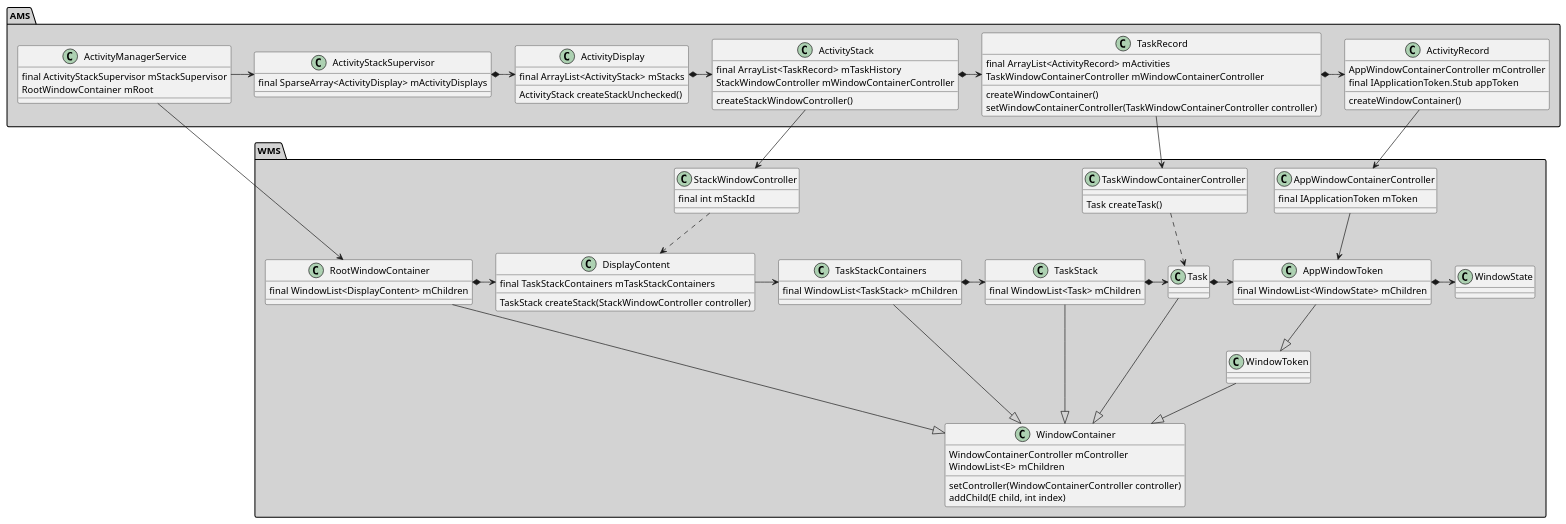
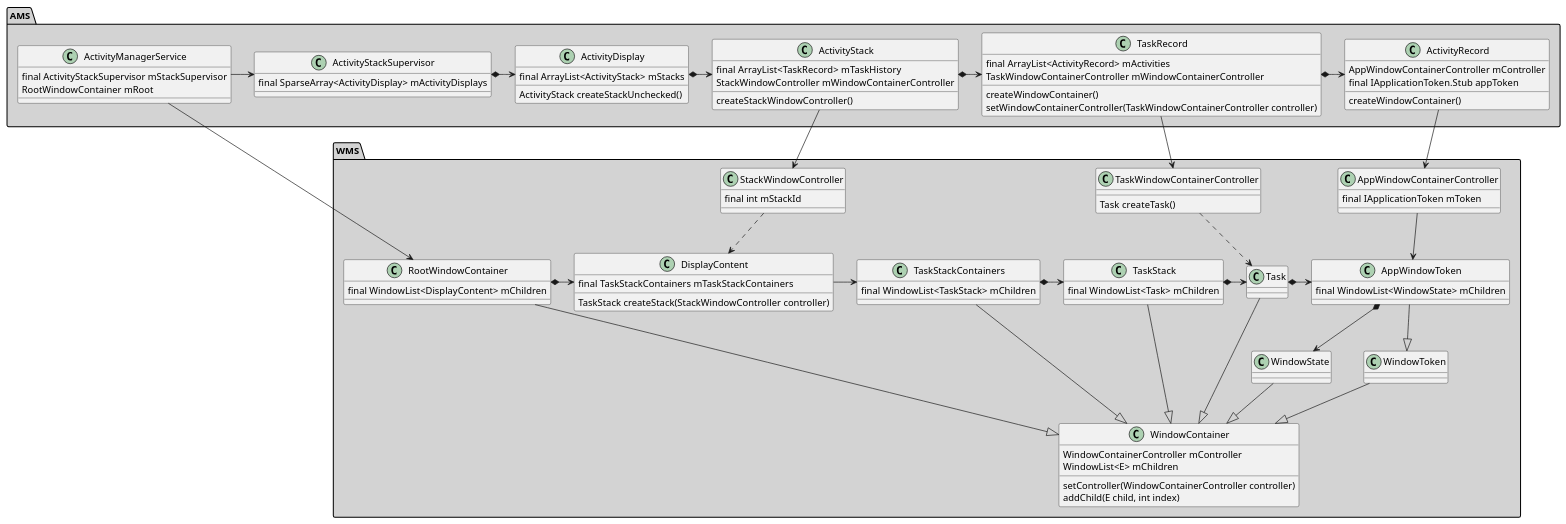
Before and after one commit to javalive09/CodeBag: the diagram in app/src/main/java/com/javalive09/demos/uml/AMS&WMS.puml, drawn with PlantUML. The commit also changed 1 other file, not shown here.

Commit message:
add uml file

```diff
--- a/app/src/main/java/com/javalive09/demos/uml/AMS&WMS.puml
+++ b/app/src/main/java/com/javalive09/demos/uml/AMS&WMS.puml
@@ -1,135 +1,136 @@
 @startuml
 
 
 package AMS #LightGray{
 class ActivityManagerService {
     final ActivityStackSupervisor mStackSupervisor
     RootWindowContainer mRoot
 }
 
 class ActivityStackSupervisor {
     final SparseArray<ActivityDisplay> mActivityDisplays
 }
 
 
 class ActivityDisplay {
     final ArrayList<ActivityStack> mStacks
     ActivityStack createStackUnchecked()
 }
 
 
 class ActivityStack {
     final ArrayList<TaskRecord> mTaskHistory
     StackWindowController mWindowContainerController
     createStackWindowController()
 }
 
 class TaskRecord {
     final ArrayList<ActivityRecord> mActivities
     TaskWindowContainerController mWindowContainerController
     createWindowContainer()
     setWindowContainerController(TaskWindowContainerController controller)
 }
 
 class ActivityRecord {
     AppWindowContainerController mController
     final IApplicationToken.Stub appToken
     createWindowContainer()
 }
 }
 
 
 package WMS #LightGray {
 class AppWindowContainerController {
     final IApplicationToken mToken
 }
 
 class AppWindowToken {
     final WindowList<WindowState> mChildren
 }
 
 class TaskWindowContainerController {
     Task createTask()
 }
 
 class WindowState {
 
 }
 
 class StackWindowController {
     final int mStackId
 }
 
 class TaskStack {
     final WindowList<Task> mChildren
 }
 
 class DisplayContent {
     final TaskStackContainers mTaskStackContainers
     TaskStack createStack(StackWindowController controller)
 }
 
 'class WindowContainerController {
 '    RootWindowContainer mRoot
 '}
 
 class WindowContainer {
     WindowContainerController mController
     WindowList<E> mChildren
     setController(WindowContainerController controller)
     addChild(E child, int index)
 }
 
 class Task {
 
 }
 
 class WindowToken {
 
 }
 
 class RootWindowContainer {
     final WindowList<DisplayContent> mChildren
 }
 
 class TaskStackContainers {
     final WindowList<TaskStack> mChildren
 }
 }
 
 ActivityManagerService -right-> ActivityStackSupervisor
 ActivityStackSupervisor *-right-> ActivityDisplay
 ActivityDisplay *-right-> ActivityStack
 ActivityStack *-right-> TaskRecord
 TaskRecord *-right-> ActivityRecord
 
 
 
 ActivityManagerService -down-> RootWindowContainer
 RootWindowContainer --|> WindowContainer
 RootWindowContainer *-right-> DisplayContent
 ActivityStack --> StackWindowController
 'StackWindowController ..> DisplayContent
 'StackWindowController -down-|> WindowContainerController
 'DisplayContent ..> TaskStack
 DisplayContent -right-> TaskStackContainers
 TaskStackContainers *-right-> TaskStack
 TaskStackContainers --|> WindowContainer
 TaskStack --|> WindowContainer
 TaskStack *-right-> Task
 TaskRecord --> TaskWindowContainerController
 'TaskWindowContainerController --> Task
 'TaskWindowContainerController --|> WindowContainerController
 Task --|> WindowContainer
 Task *-right-> AppWindowToken
 ActivityRecord --> AppWindowContainerController
 'AppWindowContainerController --|> WindowContainerController
 AppWindowContainerController --> AppWindowToken
 AppWindowToken *-right-> WindowState
 AppWindowToken --|> WindowToken
 WindowToken --|> WindowContainer
+WindowState --|> WindowContainer
 StackWindowController ..> DisplayContent
 TaskWindowContainerController ..> Task
 
 
 @enduml
```
